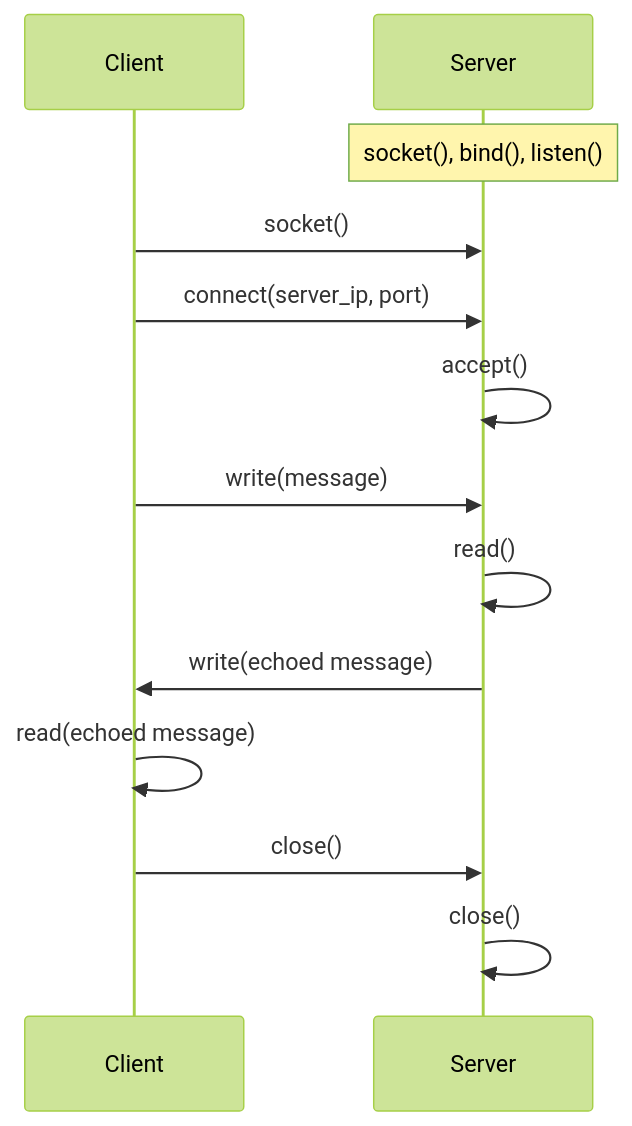
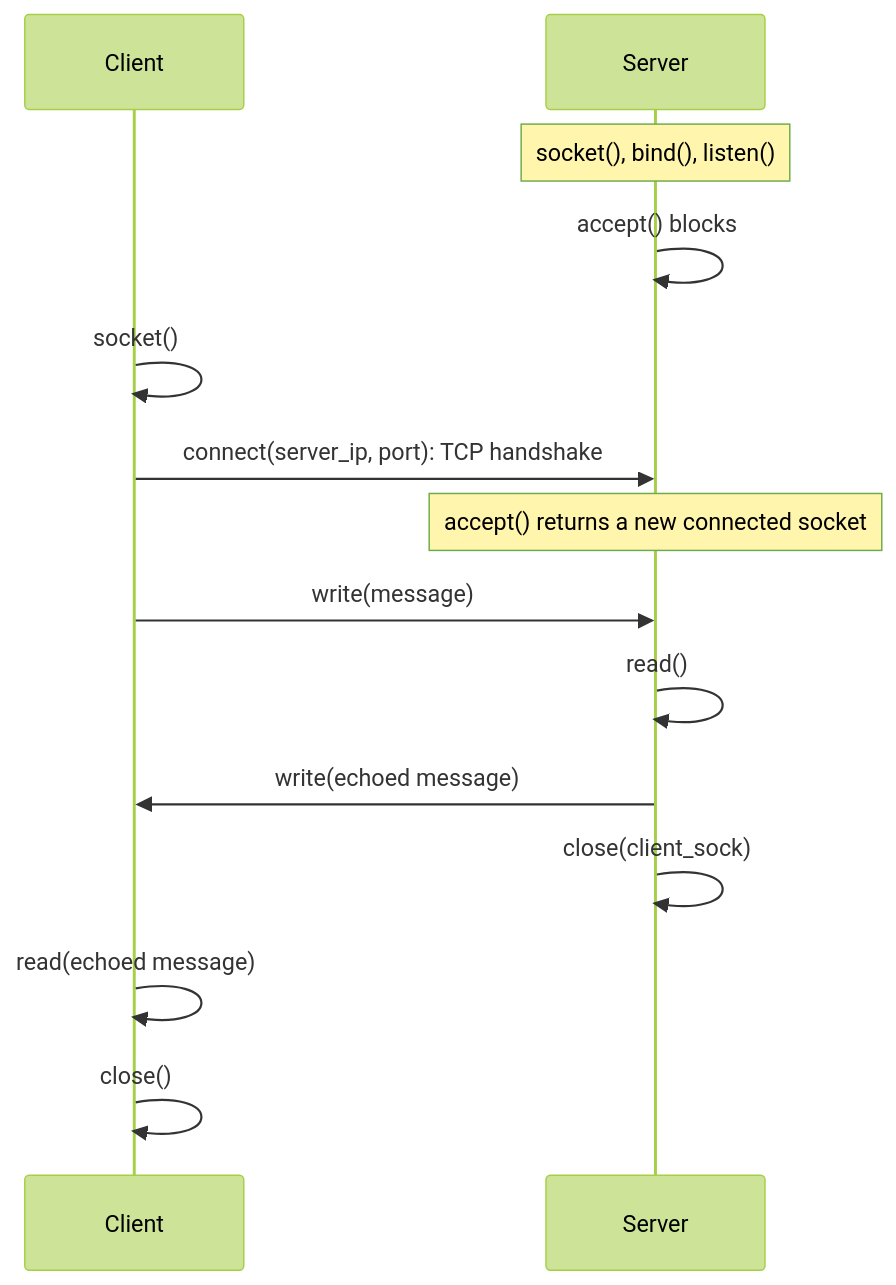
Before and after one commit to e-choness/portfolio-site: the second of 2 diagrams in _posts/2024-06-09-socket-programming-cpp.md, drawn with Mermaid (forest theme). The commit also changed other lines of this file and 72 other files, not shown here.

````diff
--- a/_posts/2024-06-09-socket-programming-cpp.md
+++ b/_posts/2024-06-09-socket-programming-cpp.md
@@ -236,19 +256,19 @@
 ```mermaid
 sequenceDiagram
     participant C as Client
     participant S as Server
 
     Note over S: socket(), bind(), listen()
+    S->>S: accept() blocks
 
-    C->>S: socket()
-    C->>S: connect(server_ip, port)
-    S->>S: accept()
+    C->>C: socket()
+    C->>S: connect(server_ip, port): TCP handshake
+    Note over S: accept() returns a new connected socket
 
     C->>S: write(message)
     S->>S: read()
     S->>C: write(echoed message)
+    S->>S: close(client_sock)
     C->>C: read(echoed message)
-
-    C->>S: close()
-    S->>S: close()
+    C->>C: close()
 ```
````
